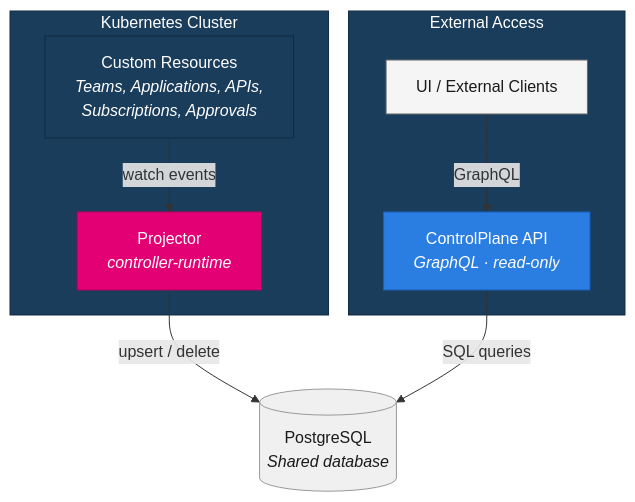
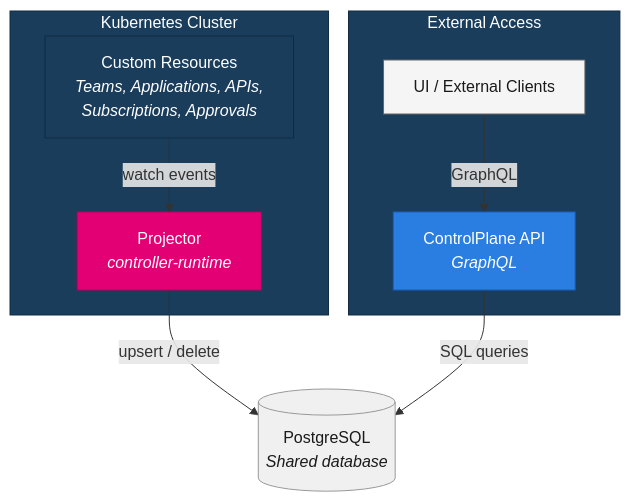
Before and after one commit to telekom/controlplane: the first of 3 diagrams in docs/docs/architecture/controlplane-api.mdx, drawn with Mermaid. The commit also changed other lines of this file and 27 other files, not shown here.

Commit message:
ci(agents): architecture decision records with review-architecture skill (#880)

````diff
--- a/docs/docs/architecture/controlplane-api.mdx
+++ b/docs/docs/architecture/controlplane-api.mdx
@@ -15,31 +15,31 @@
 ```mermaid
 graph TD
     subgraph Kubernetes Cluster
         CRDs["Custom Resources<br/><i>Teams, Applications, APIs,<br/>Subscriptions, Approvals</i>"]
         Proj["Projector<br/><i>controller-runtime</i>"]
     end
 
     DB[("PostgreSQL<br/><i>Shared database</i>")]
 
     subgraph External Access
-        API["ControlPlane API<br/><i>GraphQL · read-only</i>"]
+        API["ControlPlane API<br/><i>GraphQL</i>"]
         UI["UI / External Clients"]
     end
 
     CRDs -- "watch events" --> Proj
     Proj -- "upsert / delete" --> DB
     API -- "SQL queries" --> DB
     UI -- "GraphQL" --> API
 
     classDef cluster fill:#1a3d5c,stroke:#0f2b42,color:#fff
     classDef projector fill:#e20074,stroke:#b8005c,color:#fff
     classDef api fill:#2a7de1,stroke:#1a5fba,color:#fff
     classDef db fill:#f0f0f0,stroke:#999,color:#1a1a1a
     classDef ext fill:#f5f5f5,stroke:#666,color:#1a1a1a
 
     class CRDs cluster
     class Proj projector
     class API api
     class DB db
     class UI ext
 ```
````
